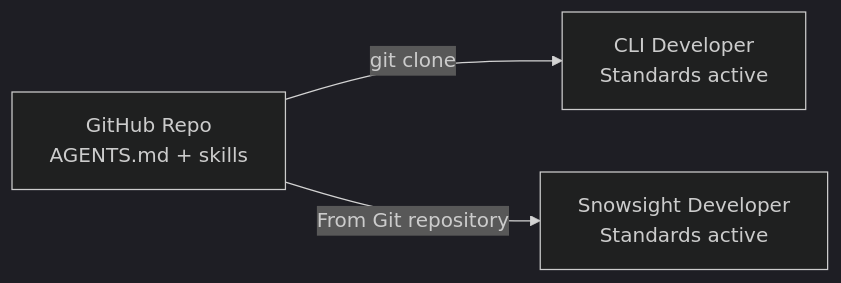
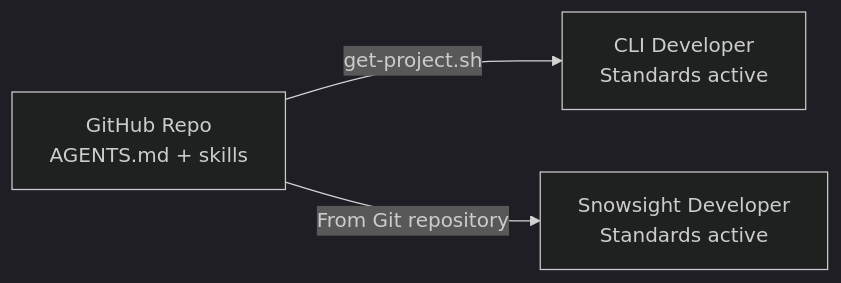
The first of 2 diagrams in demo-coco-governance-github/diagrams/github-team-flow.md (sfc-gh-miwhitaker/sfe-public), drawn with Mermaid (dark theme) before and after one commit. The commit also changed 5 other files, not shown here.

````diff
--- a/demo-coco-governance-github/diagrams/github-team-flow.md
+++ b/demo-coco-governance-github/diagrams/github-team-flow.md
@@ -5,11 +5,11 @@
 ```mermaid
 flowchart LR
     Repo["GitHub Repo
     AGENTS.md + skills"]
 
-    Repo -->|"git clone"| CLI["CLI Developer
+    Repo -->|"get-project.sh"| CLI["CLI Developer
     Standards active"]
 
     Repo -->|"From Git repository"| SS["Snowsight Developer
     Standards active"]
 ```
````
